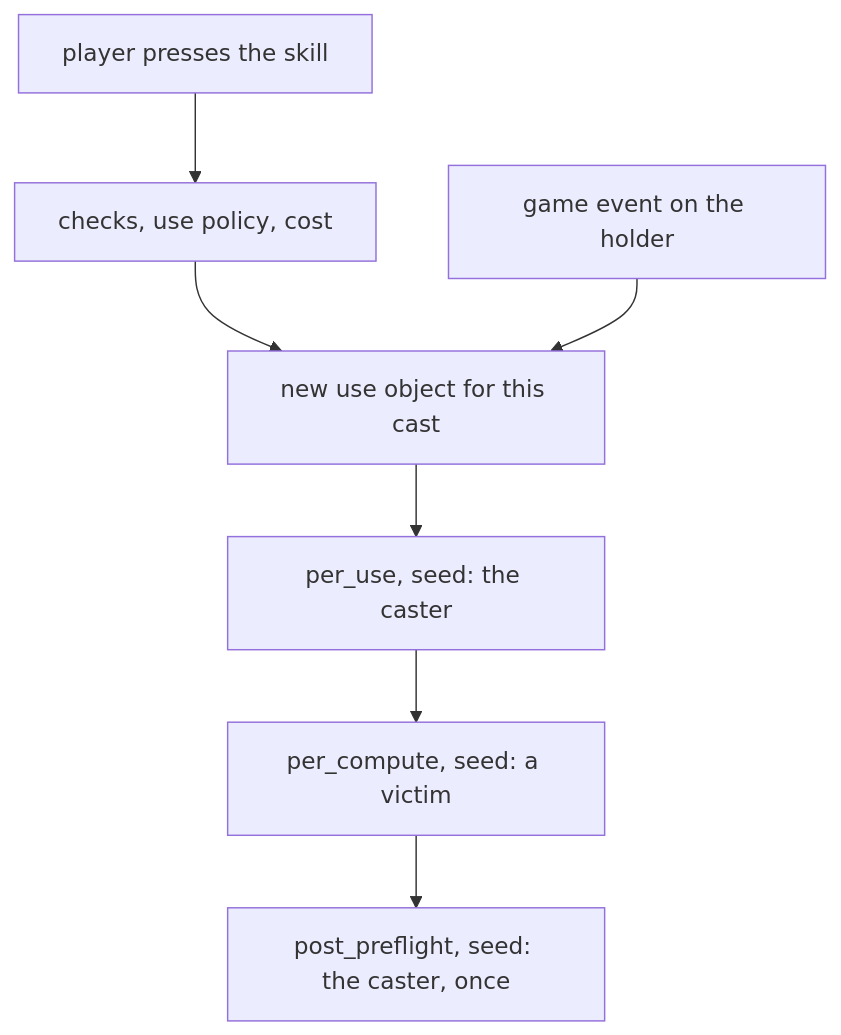
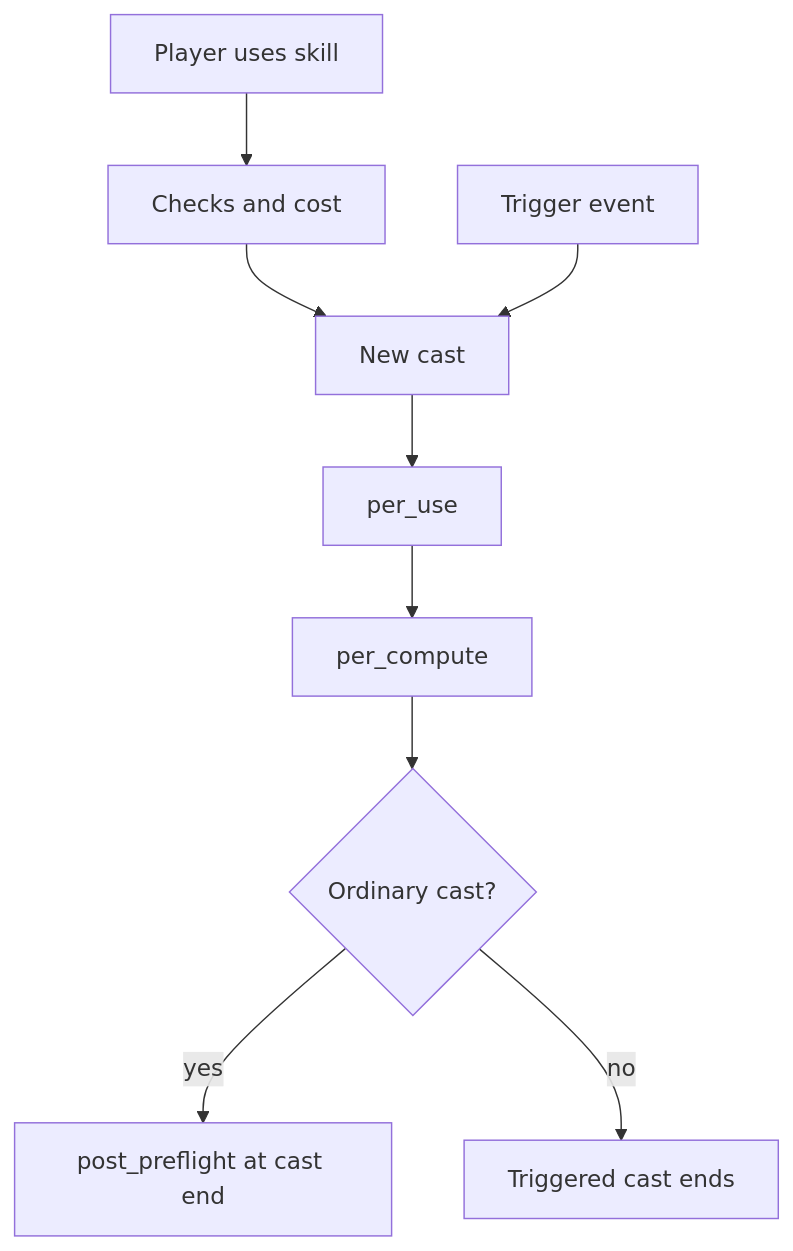
The first of 2 diagrams in foundations/skills/nodes-and-phases.md (universal-core/website), drawn with Mermaid before and after one commit. The commit also changed other lines of this file and 163 other files, not shown here.

````diff
--- a/foundations/skills/nodes-and-phases.md
+++ b/foundations/skills/nodes-and-phases.md
@@ -107,9 +25,11 @@
 ```mermaid
 flowchart TD
-    A["player presses the skill"] --> B["checks, use policy, cost"]
-    B --> C["new use object for this cast"]
-    C --> D["per_use, seed: the caster"]
-    D --> E["per_compute, seed: a victim"]
-    E --> F["post_preflight, seed: the caster, once"]
-    G["game event on the holder"] --> C
+    A["Player uses skill"] --> B["Checks and cost"]
+    B --> C["New cast"]
+    D["Trigger event"] --> C
+    C --> E["per_use"]
+    E --> F["per_compute"]
+    F --> G{"Ordinary cast?"}
+    G -->|yes| H["post_preflight at cast end"]
+    G -->|no| I["Triggered cast ends"]
 ```
````
